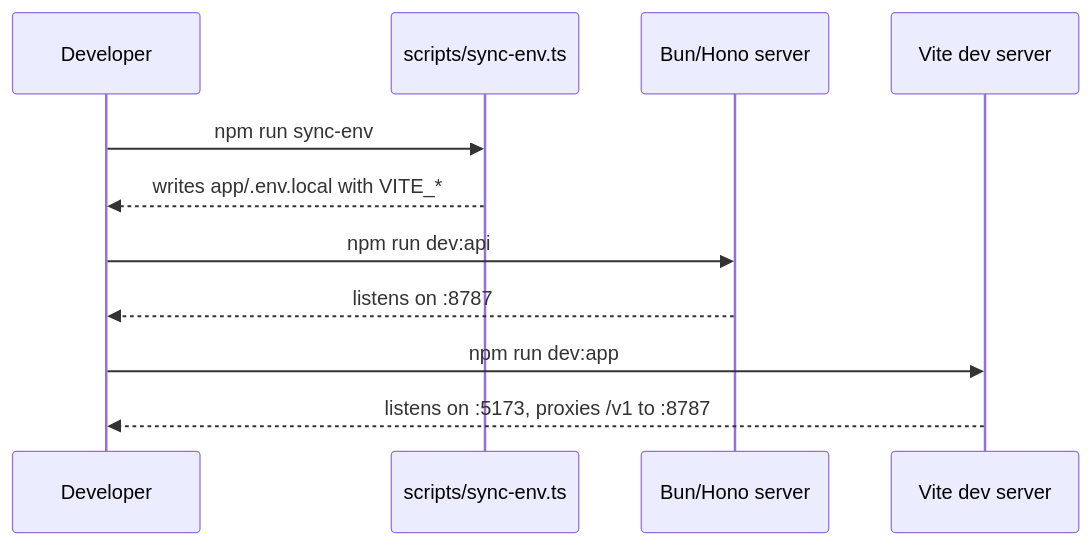
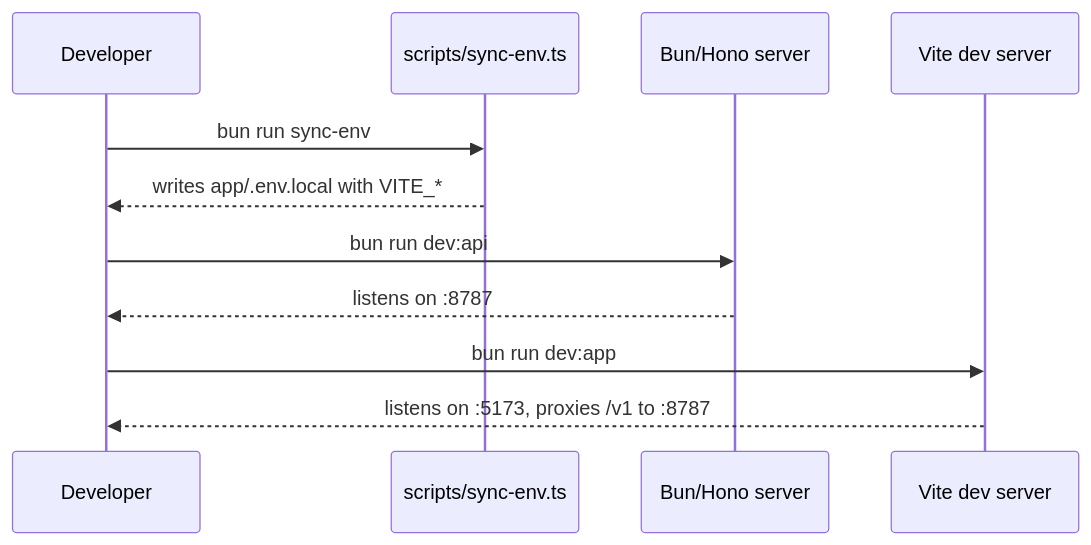
The fifth of 9 diagrams in docs/architecture-diagram.md (Kirashchuk/Predict-Edge), drawn with Mermaid before and after one commit. The commit also changed other lines of this file and 10 other files, not shown here.

````diff
--- a/docs/architecture-diagram.md
+++ b/docs/architecture-diagram.md
@@ -157,14 +157,14 @@
 ```mermaid
 sequenceDiagram
     participant Dev as Developer
     participant Sync as scripts/sync-env.ts
     participant Api as Bun/Hono server
     participant App as Vite dev server
 
-    Dev->>Sync: npm run sync-env
+    Dev->>Sync: bun run sync-env
     Sync-->>Dev: writes app/.env.local with VITE_*
-    Dev->>Api: npm run dev:api
+    Dev->>Api: bun run dev:api
     Api-->>Dev: listens on :8787
-    Dev->>App: npm run dev:app
+    Dev->>App: bun run dev:app
     App-->>Dev: listens on :5173, proxies /v1 to :8787
 ```
````
